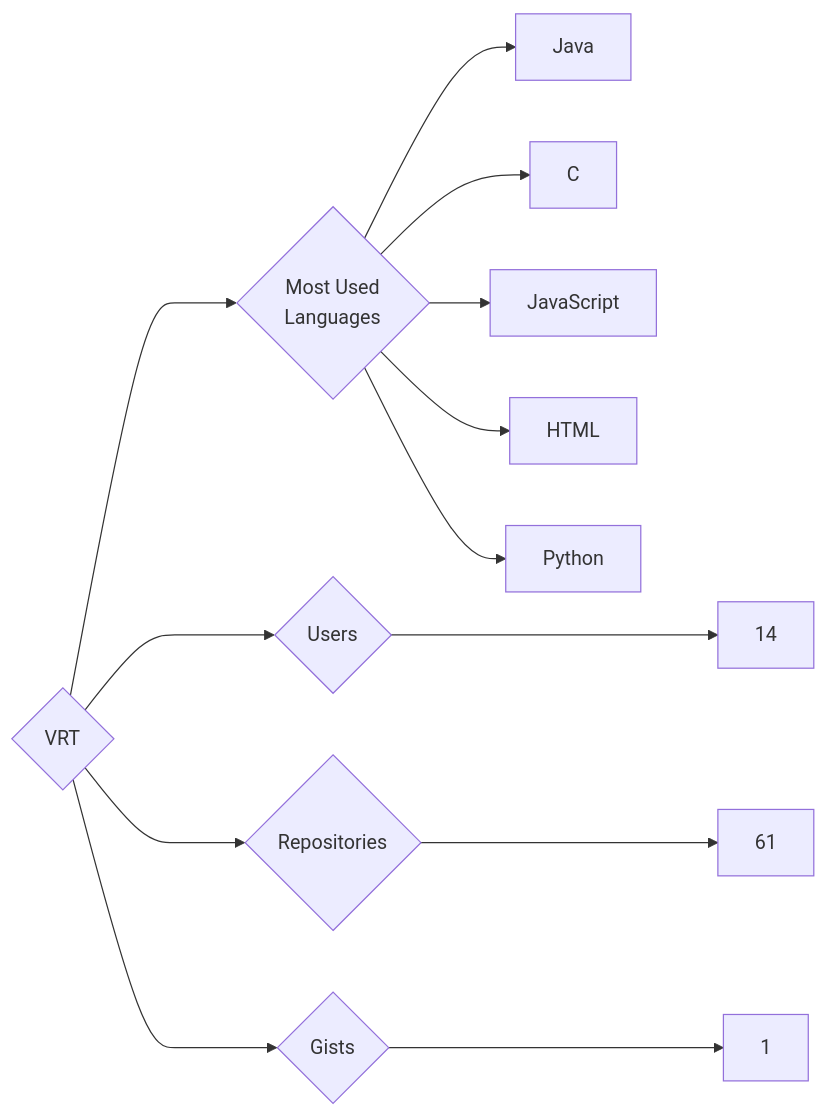
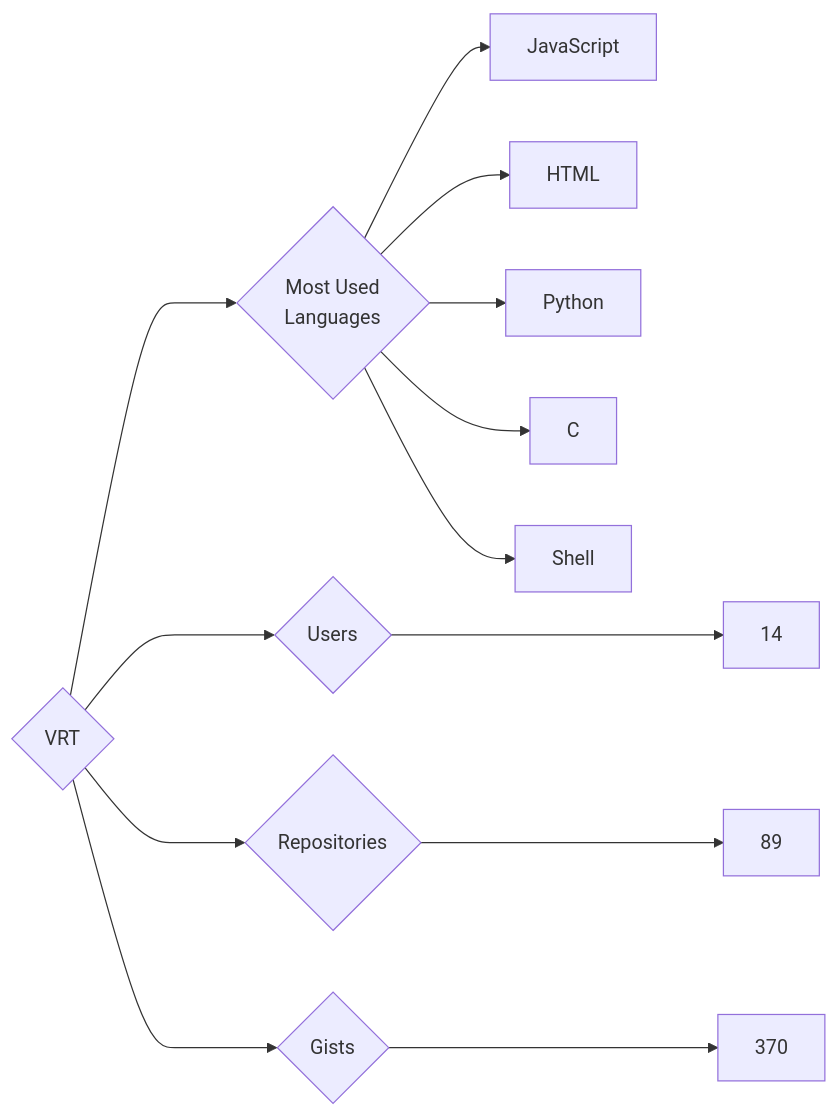
One commit to trickest/insiders changed the diagram in targets/VRT/README.md. Above: the diagram before and after it, drawn with Mermaid. The commit also changed 748 other files, not shown here.

````diff
--- a/targets/VRT/README.md
+++ b/targets/VRT/README.md
@@ -3,13 +3,13 @@
 ```mermaid
 graph LR
 COMPANY_NAME{VRT}
 COMPANY_NAME ---> U{Users} ---> UN[14]
-COMPANY_NAME ---> R{Repositories} ---> RN[61]
-COMPANY_NAME ---> G{Gists} ---> GN[1]
+COMPANY_NAME ---> R{Repositories} ---> RN[89]
+COMPANY_NAME ---> G{Gists} ---> GN[370]
 COMPANY_NAME ---> ML{Most Used<br>Languages}
-ML --> Java[Java]
-ML --> C[C]
 ML --> JavaScript[JavaScript]
 ML --> HTML[HTML]
 ML --> Python[Python]
+ML --> C[C]
+ML --> Shell[Shell]
 ```
````
